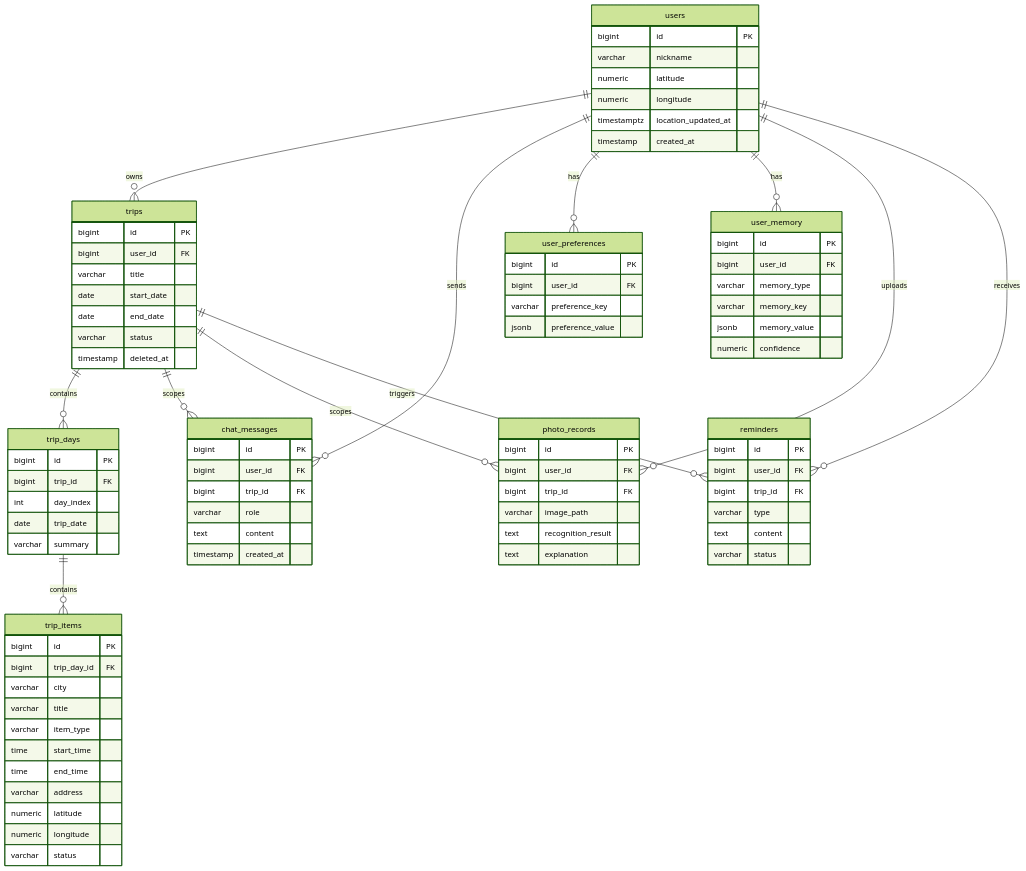
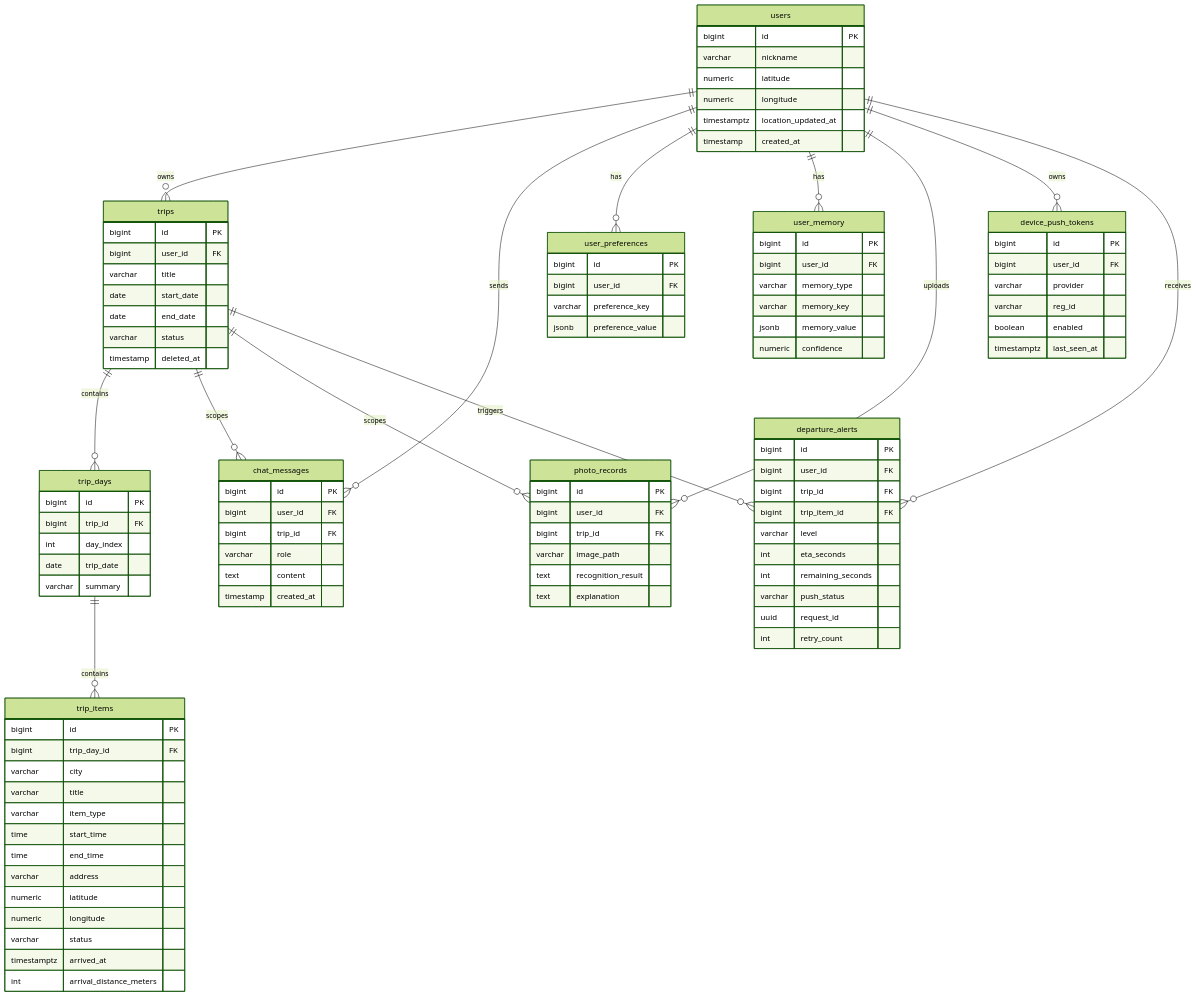
The ninth of 10 diagrams in docs/技术设计文档.md (linzch23/DaoYou), drawn with Mermaid (forest theme) before and after one commit. The commit also changed other lines of this file and 83 other files, not shown here.

Commit message:
feat: add proactive departure alerts and vivo push

````diff
--- a/docs/技术设计文档.md
+++ b/docs/技术设计文档.md
@@ -594,10 +588,11 @@
     users ||--o{ user_preferences : has
     users ||--o{ user_memory : has
     users ||--o{ photo_records : uploads
-    users ||--o{ reminders : receives
+    users ||--o{ device_push_tokens : owns
+    users ||--o{ departure_alerts : receives
     trips ||--o{ chat_messages : scopes
     trips ||--o{ photo_records : scopes
-    trips ||--o{ reminders : triggers
+    trips ||--o{ departure_alerts : triggers
 
     users {
         bigint id PK
@@ -638,6 +633,8 @@
         numeric latitude
         numeric longitude
         varchar status
+        timestamptz arrived_at
+        int arrival_distance_meters
     }
 
     chat_messages {
@@ -674,12 +671,25 @@
         text explanation
     }
 
-    reminders {
+    device_push_tokens {
+        bigint id PK
+        bigint user_id FK
+        varchar provider
+        varchar reg_id
+        boolean enabled
+        timestamptz last_seen_at
+    }
+
+    departure_alerts {
         bigint id PK
         bigint user_id FK
         bigint trip_id FK
-        varchar type
-        text content
-        varchar status
+        bigint trip_item_id FK
+        varchar level
+        int eta_seconds
+        int remaining_seconds
+        varchar push_status
+        uuid request_id
+        int retry_count
     }
 ```
````
